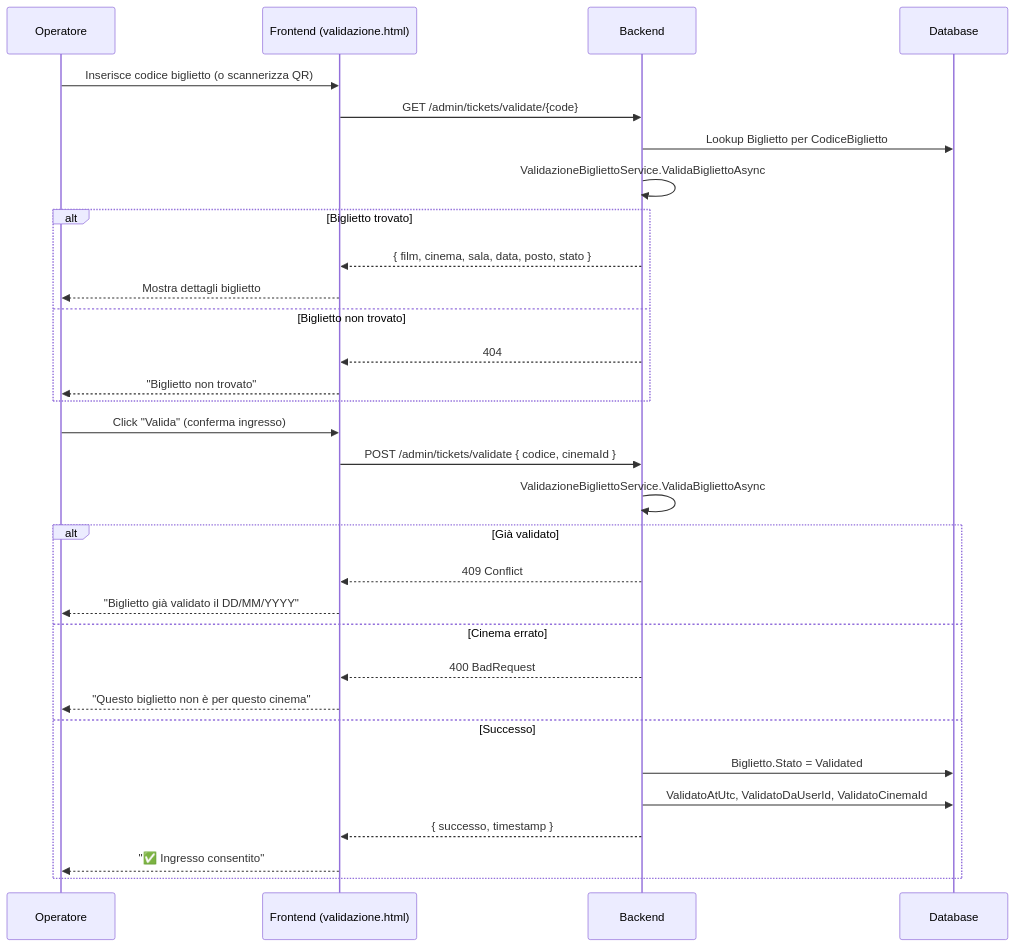
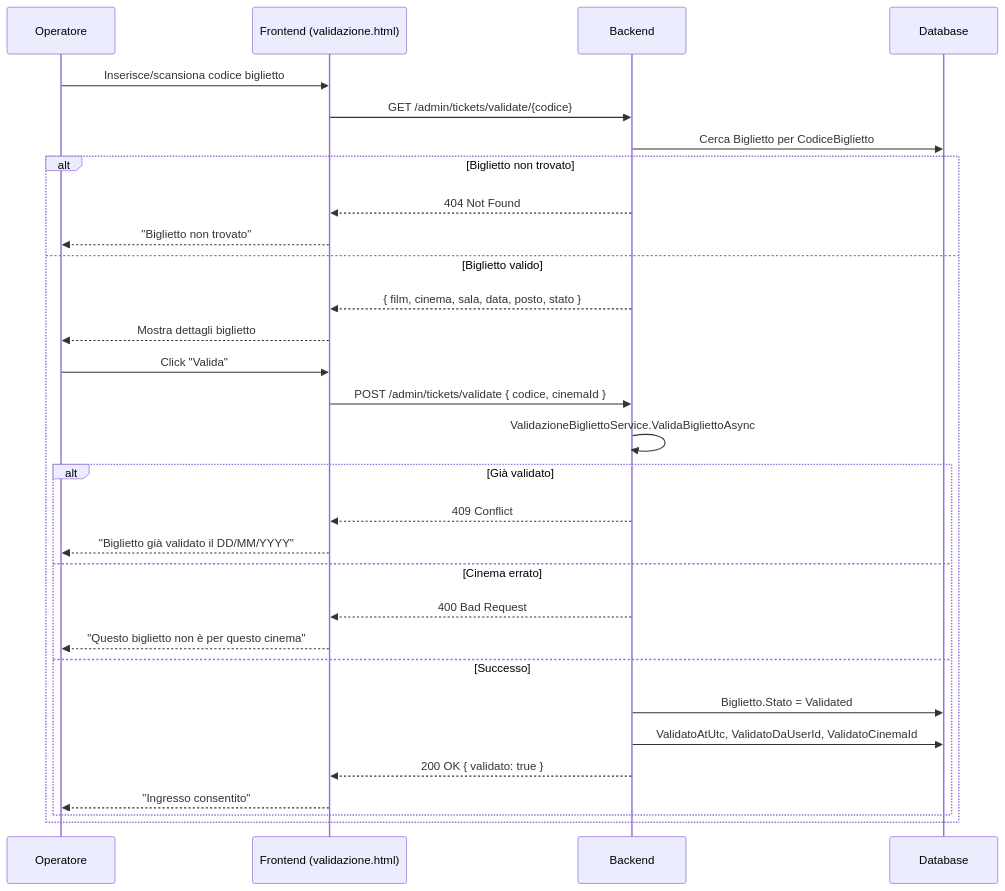
One commit to RizzoThomas/esercizioopencodefilm changed the third of 3 diagrams in film-app-dev_iteration_4/presentazione/07-ticketing.md. Above: the diagram before and after it, drawn with Mermaid. The commit also changed other lines of this file and 10 other files, not shown here.

Commit message:
docs: enhance presentazione with tables, pie charts, and detailed workflows

````diff
--- a/film-app-dev_iteration_4/presentazione/07-ticketing.md
+++ b/film-app-dev_iteration_4/presentazione/07-ticketing.md
@@ -180,37 +137,36 @@
 ```mermaid
 sequenceDiagram
     participant O as Operatore
     participant F as Frontend (validazione.html)
     participant B as Backend
     participant DB as Database
 
-    O->>F: Inserisce codice biglietto (o scannerizza QR)
-    F->>B: GET /admin/tickets/validate/{code}
-    B->>DB: Lookup Biglietto per CodiceBiglietto
-    B->>B: ValidazioneBigliettoService.ValidaBigliettoAsync
-
-    alt Biglietto trovato
+    O->>F: Inserisce/scansiona codice biglietto
+    F->>B: GET /admin/tickets/validate/{codice}
+    B->>DB: Cerca Biglietto per CodiceBiglietto
+    
+    Alt Biglietto non trovato
+        B-->>F: 404 Not Found
+        F-->>O: "Biglietto non trovato"
+    Else Biglietto valido
         B-->>F: { film, cinema, sala, data, posto, stato }
         F-->>O: Mostra dettagli biglietto
-    else Biglietto non trovato
-        B-->>F: 404
-        F-->>O: "Biglietto non trovato"
-    end
-
-    O->>F: Click "Valida" (conferma ingresso)
-    F->>B: POST /admin/tickets/validate { codice, cinemaId }
-    B->>B: ValidazioneBigliettoService.ValidaBigliettoAsync
-
-    alt Già validato
-        B-->>F: 409 Conflict
-        F-->>O: "Biglietto già validato il DD/MM/YYYY"
-    else Cinema errato
-        B-->>F: 400 BadRequest
-        F-->>O: "Questo biglietto non è per questo cinema"
-    else Successo
-        B->>DB: Biglietto.Stato = Validated
-        B->>DB: ValidatoAtUtc, ValidatoDaUserId, ValidatoCinemaId
-        B-->>F: { successo, timestamp }
-        F-->>O: "✅ Ingresso consentito"
-    end
+        
+        O->>F: Click "Valida"
+        F->>B: POST /admin/tickets/validate { codice, cinemaId }
+        B->>B: ValidazioneBigliettoService.ValidaBigliettoAsync
+        
+        Alt Già validato
+            B-->>F: 409 Conflict
+            F-->>O: "Biglietto già validato il DD/MM/YYYY"
+        Else Cinema errato
+            B-->>F: 400 Bad Request
+            F-->>O: "Questo biglietto non è per questo cinema"
+        Else Successo
+            B->>DB: Biglietto.Stato = Validated
+            B->>DB: ValidatoAtUtc, ValidatoDaUserId, ValidatoCinemaId
+            B-->>F: 200 OK { validato: true }
+            F-->>O: "Ingresso consentito"
+        End
+    End
 ```
````
